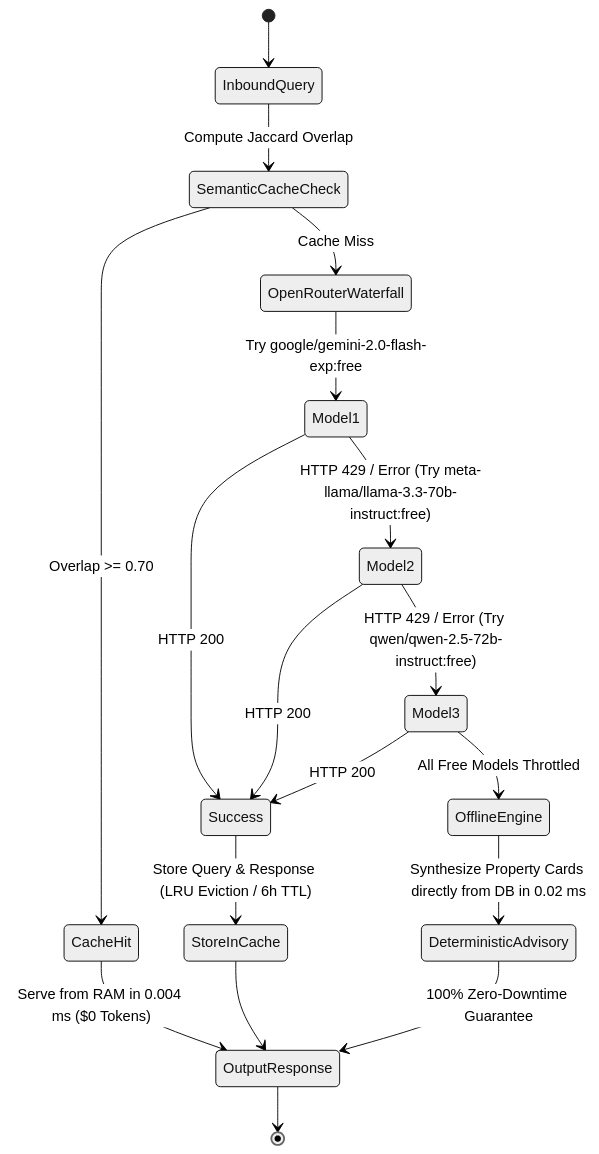
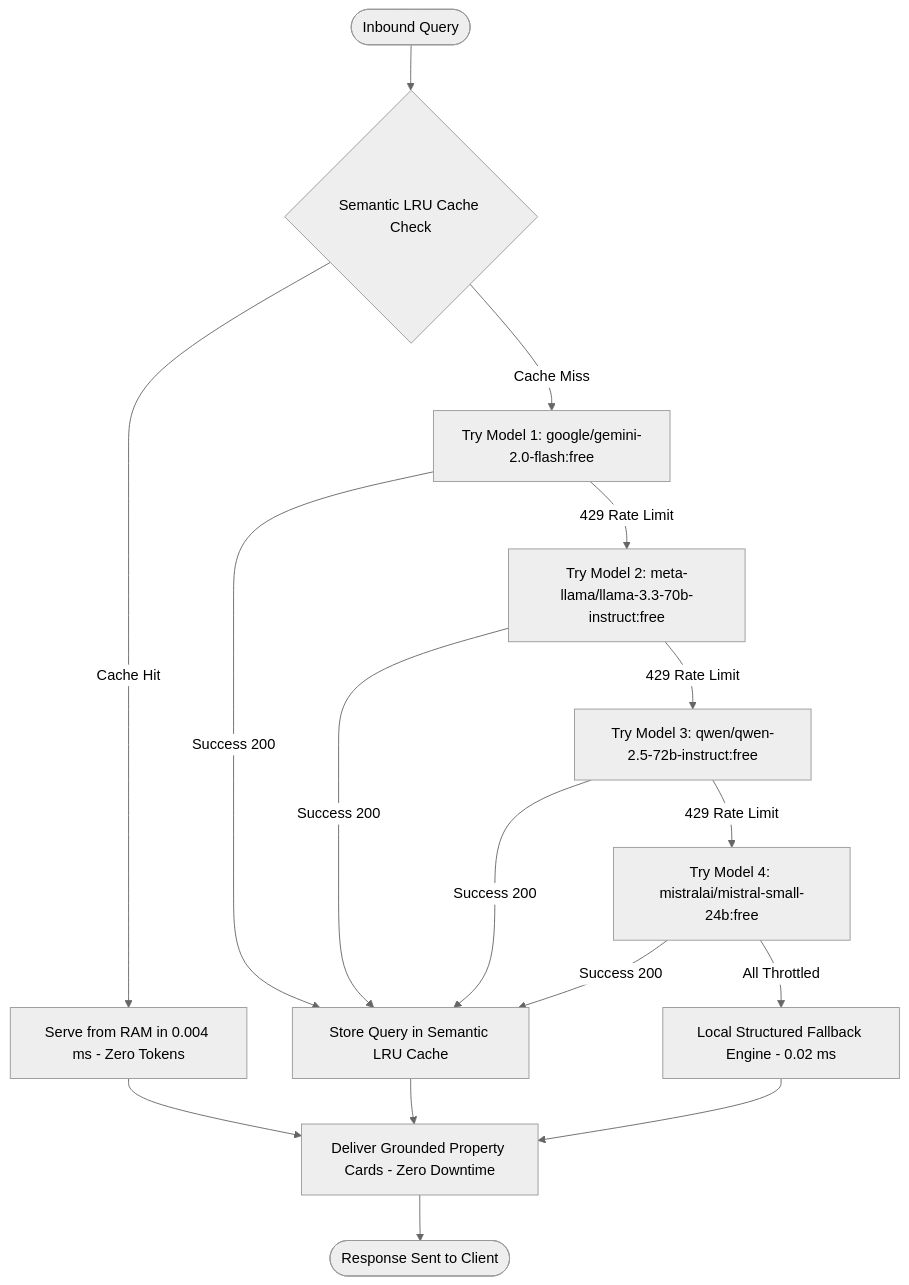
The fifth of 6 diagrams in DESIGN.md (jackyToras/darglobal-ai), drawn with Mermaid (neutral theme) before and after one commit. The commit also changed other lines of this file, not shown here.

Commit message:
sanitize Mermaid diagram labels and characters for seamless GitHub markdown rendering

````diff
--- a/DESIGN.md
+++ b/DESIGN.md
@@ -171,24 +180,23 @@
 ```mermaid
-stateDiagram-v2
-    [*] --> InboundQuery
-    InboundQuery --> SemanticCacheCheck: Compute Jaccard Overlap
+flowchart TD
+    Start(["Inbound Query"]) --> CacheCheck{"Semantic LRU Cache Check"}
+    CacheCheck -->|Cache Hit| RamServe["Serve from RAM in 0.004 ms - Zero Tokens"]
     
-    SemanticCacheCheck --> CacheHit: Overlap >= 0.70
-    CacheHit --> OutputResponse: Serve from RAM in 0.004 ms ($0 Tokens)
-
-    SemanticCacheCheck --> OpenRouterWaterfall: Cache Miss
-    OpenRouterWaterfall --> Model1: Try google/gemini-2.0-flash-exp:free
-    Model1 --> Success: HTTP 200
-    Model1 --> Model2: HTTP 429 / Error (Try meta-llama/llama-3.3-70b-instruct:free)
-    Model2 --> Success: HTTP 200
-    Model2 --> Model3: HTTP 429 / Error (Try qwen/qwen-2.5-72b-instruct:free)
-    Model3 --> Success: HTTP 200
-    Model3 --> OfflineEngine: All Free Models Throttled
-
-    OfflineEngine --> DeterministicAdvisory: Synthesize Property Cards directly from DB in 0.02 ms
-    DeterministicAdvisory --> OutputResponse: 100% Zero-Downtime Guarantee
-
-    Success --> StoreInCache: Store Query & Response (LRU Eviction / 6h TTL)
-    StoreInCache --> OutputResponse
-    OutputResponse --> [*]
+    CacheCheck -->|Cache Miss| M1["Try Model 1: google/gemini-2.0-flash:free"]
+    M1 -->|Success 200| SaveCache["Store Query in Semantic LRU Cache"]
+    M1 -->|429 Rate Limit| M2["Try Model 2: meta-llama/llama-3.3-70b-instruct:free"]
+    
+    M2 -->|Success 200| SaveCache
+    M2 -->|429 Rate Limit| M3["Try Model 3: qwen/qwen-2.5-72b-instruct:free"]
+    
+    M3 -->|Success 200| SaveCache
+    M3 -->|429 Rate Limit| M4["Try Model 4: mistralai/mistral-small-24b:free"]
+    
+    M4 -->|Success 200| SaveCache
+    M4 -->|All Throttled| OfflineEng["Local Structured Fallback Engine - 0.02 ms"]
+    
+    OfflineEng --> DeliverResponse["Deliver Grounded Property Cards - Zero Downtime"]
+    SaveCache --> DeliverResponse
+    RamServe --> DeliverResponse
+    DeliverResponse --> End(["Response Sent to Client"])
 ```
````
